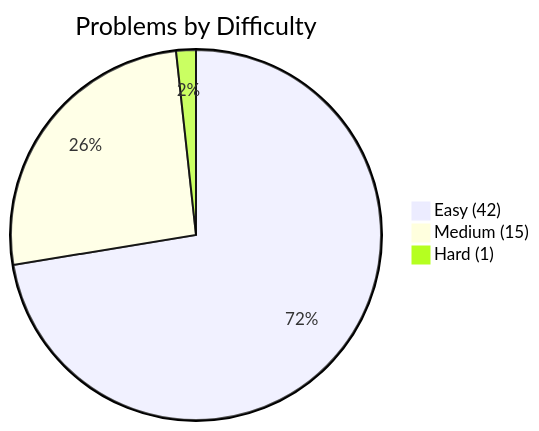
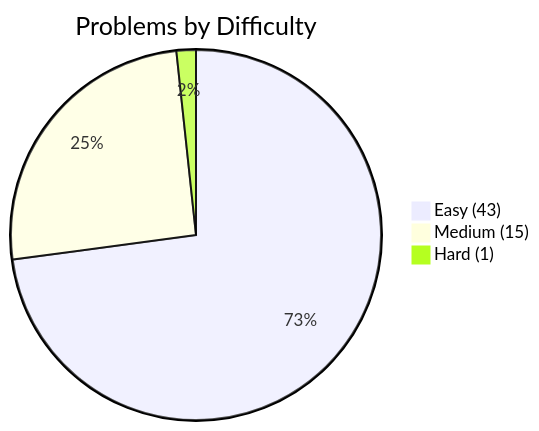
One commit to kanishk-procoder/leetcode-grind changed the first of 2 diagrams in PROGRESS.md. Above: the diagram before and after it, drawn with Mermaid. The commit also changed other lines of this file and 4 other files, not shown here.

````diff
--- a/PROGRESS.md
+++ b/PROGRESS.md
@@ -5,6 +5,6 @@
 ```mermaid
 pie title Problems by Difficulty
-    "Easy (42)" : 42
+    "Easy (43)" : 43
     "Medium (15)" : 15
     "Hard (1)" : 1
 ```
````
